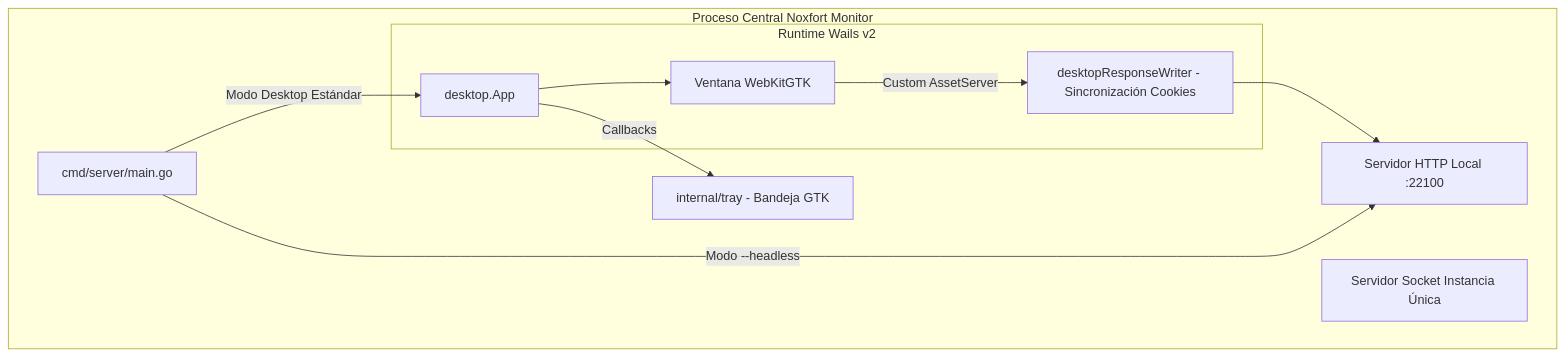
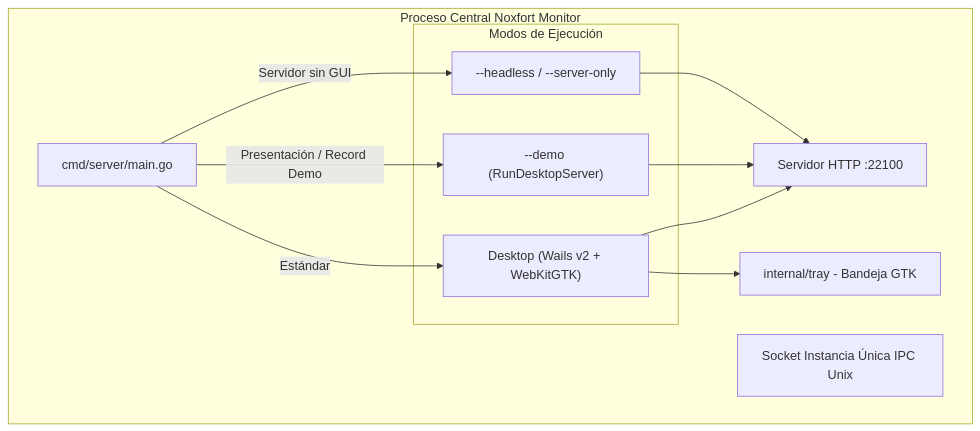
One commit to Noxfort-Systems-Brazil/MONITOR changed the diagram in docs/es/desktop_app.md. Above: the diagram before and after it, drawn with Mermaid. The commit also changed other lines of this file and 186 other files, not shown here.

````diff
--- a/docs/es/desktop_app.md
+++ b/docs/es/desktop_app.md
@@ -13,22 +11,23 @@
 ```mermaid
 graph TD
     subgraph "Proceso Central Noxfort Monitor"
         Main[cmd/server/main.go]
-        HTTP[Servidor HTTP Local :22100]
-        IPC[Servidor Socket Instancia Única]
+        HTTP["Servidor HTTP :22100"]
+        IPC[Socket Instancia Única IPC Unix]
         Tray[internal/tray - Bandeja GTK]
-        
-        subgraph "Runtime Wails v2"
-            WailsApp[desktop.App]
-            WebKit[Ventana WebKitGTK]
-            SessionBridge[desktopResponseWriter - Sincronización Cookies]
+
+        subgraph "Modos de Ejecución"
+            WailsApp["Desktop (Wails v2 + WebKitGTK)"]
+            DemoSrv["--demo (RunDesktopServer)"]
+            Headless["--headless / --server-only"]
         end
     end
 
-    Main -->|Modo Desktop Estándar| WailsApp
-    WailsApp --> WebKit
-    WebKit -->|Custom AssetServer| SessionBridge
-    SessionBridge --> HTTP
-    WailsApp -->|Callbacks| Tray
-    Main -->|Modo --headless| HTTP
+    Main -->|Estándar| WailsApp
+    Main -->|Presentación / Record Demo| DemoSrv
+    Main -->|Servidor sin GUI| Headless
+    WailsApp --> HTTP
+    WailsApp --> Tray
+    DemoSrv --> HTTP
+    Headless --> HTTP
 ```
````
